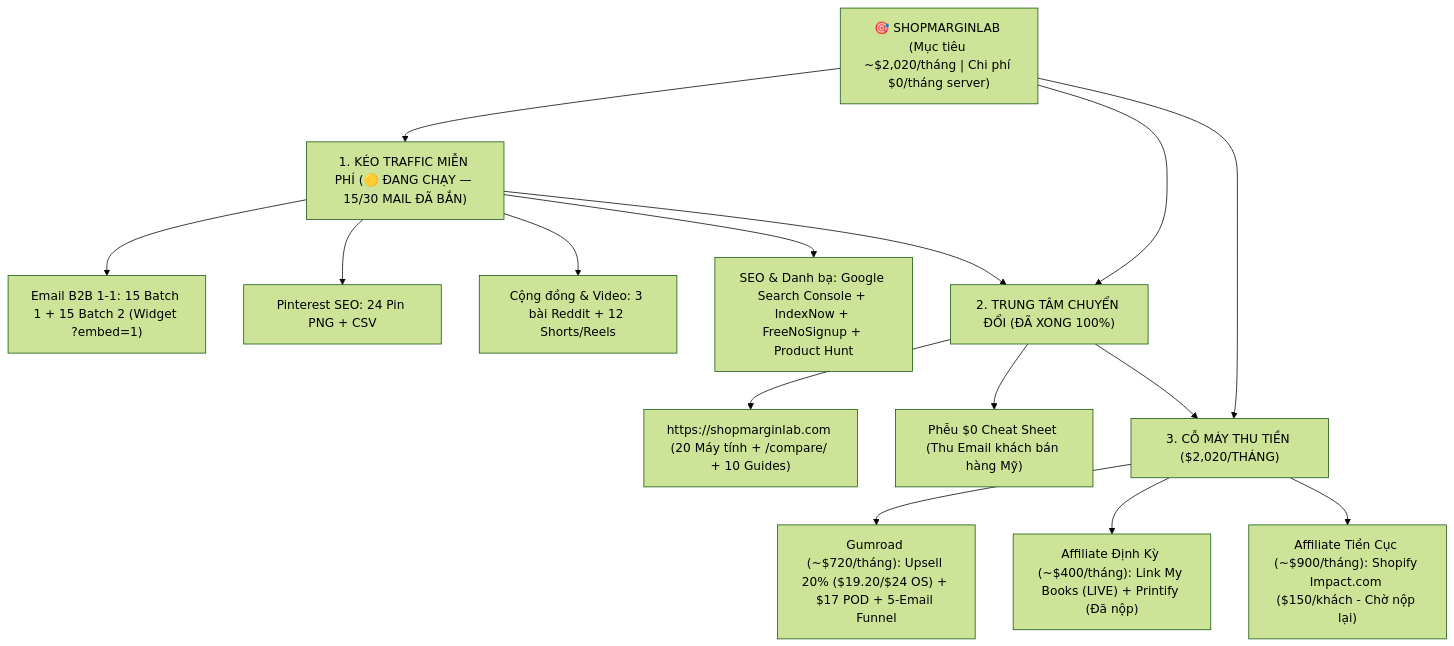
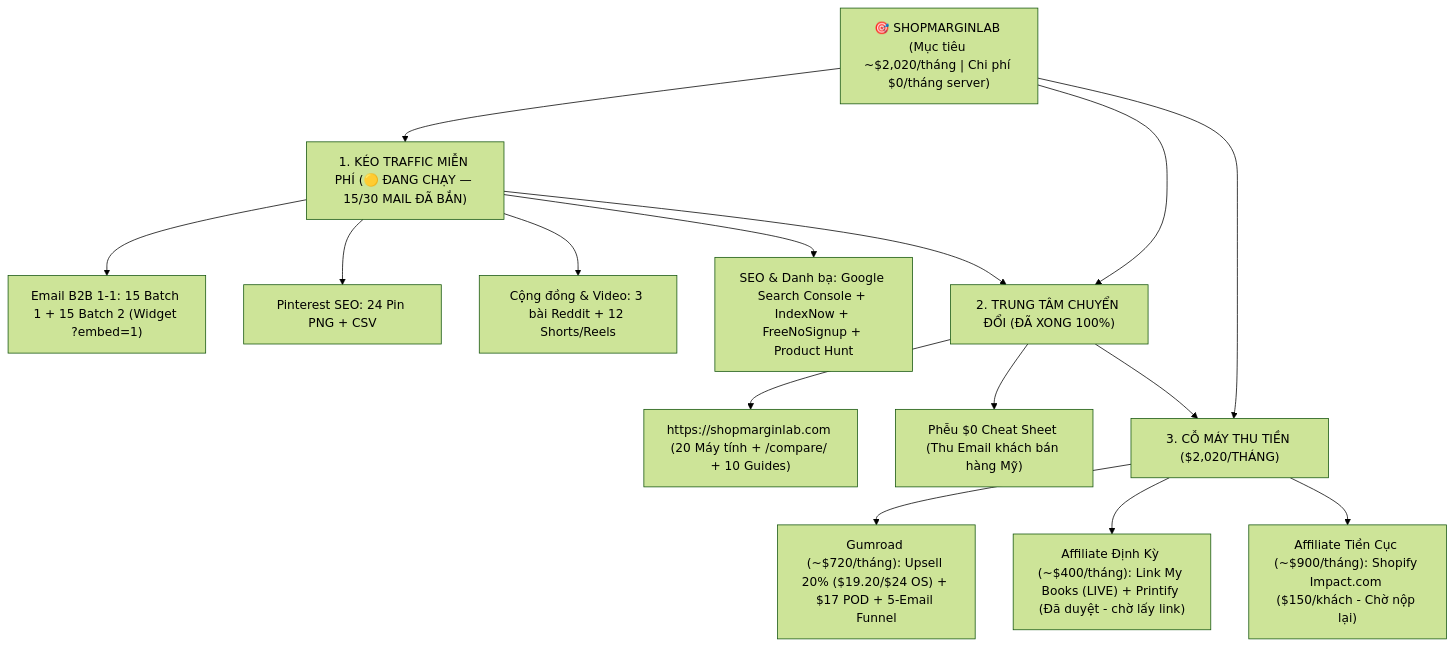
Before and after one commit to ncthanh2809/shopmarginlab: the diagram in SML_MASTER_DASHBOARD.md, drawn with Mermaid (forest theme). The commit also changed other lines of this file, not shown here.

Commit message:
docs: sync SML_MASTER_DASHBOARD for 2026-11-28 (Printify approved, digitalnomad Send-As accepted)

````diff
--- a/SML_MASTER_DASHBOARD.md
+++ b/SML_MASTER_DASHBOARD.md
@@ -30,21 +30,21 @@
 ```mermaid
 flowchart TD
     SML["🎯 SHOPMARGINLAB (Mục tiêu ~$2,020/tháng | Chi phí $0/tháng server)"]
 
     SML --> MKT["1. KÉO TRAFFIC MIỄN PHÍ (🟡 ĐANG CHẠY — 15/30 MAIL ĐÃ BẮN)"]
     MKT --> M1["Email B2B 1-1: 15 Batch 1 + 15 Batch 2 (Widget ?embed=1)"]
     MKT --> M2["Pinterest SEO: 24 Pin PNG + CSV"]
     MKT --> M3["Cộng đồng & Video: 3 bài Reddit + 12 Shorts/Reels"]
     MKT --> M4["SEO & Danh bạ: Google Search Console + IndexNow + FreeNoSignup + Product Hunt"]
 
     SML --> HUB["2. TRUNG TÂM CHUYỂN ĐỔI (ĐÃ XONG 100%)"]
     HUB --> H1["https://shopmarginlab.com (20 Máy tính + /compare/ + 10 Guides)"]
     HUB --> H2["Phễu $0 Cheat Sheet (Thu Email khách bán hàng Mỹ)"]
 
     SML --> REV["3. CỖ MÁY THU TIỀN ($2,020/THÁNG)"]
     REV --> R1["Gumroad (~$720/tháng): Upsell 20% ($19.20/$24 OS) + $17 POD + 5-Email Funnel"]
-    REV --> R2["Affiliate Định Kỳ (~$400/tháng): Link My Books (LIVE) + Printify (Đã nộp)"]
+    REV --> R2["Affiliate Định Kỳ (~$400/tháng): Link My Books (LIVE) + Printify (Đã duyệt - chờ lấy link)"]
     REV --> R3["Affiliate Tiền Cục (~$900/tháng): Shopify Impact.com ($150/khách - Chờ nộp lại)"]
 
     MKT --> HUB --> REV
 ```
````
